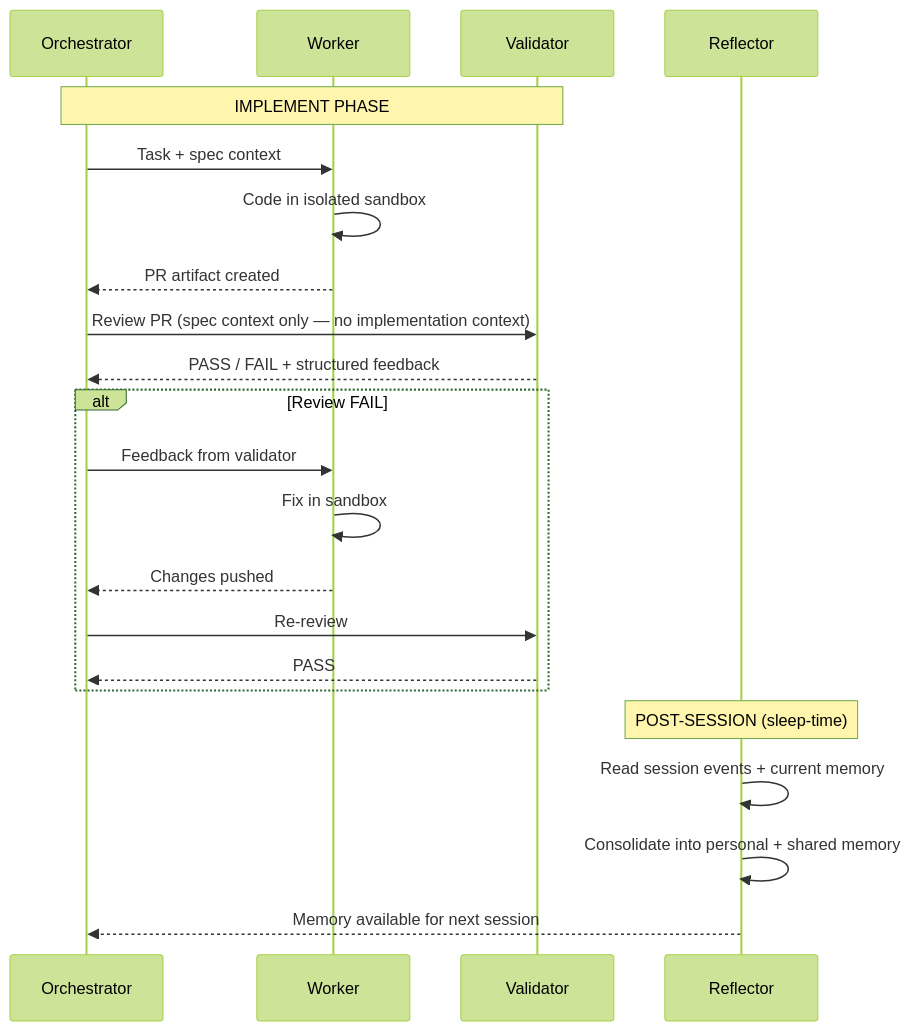
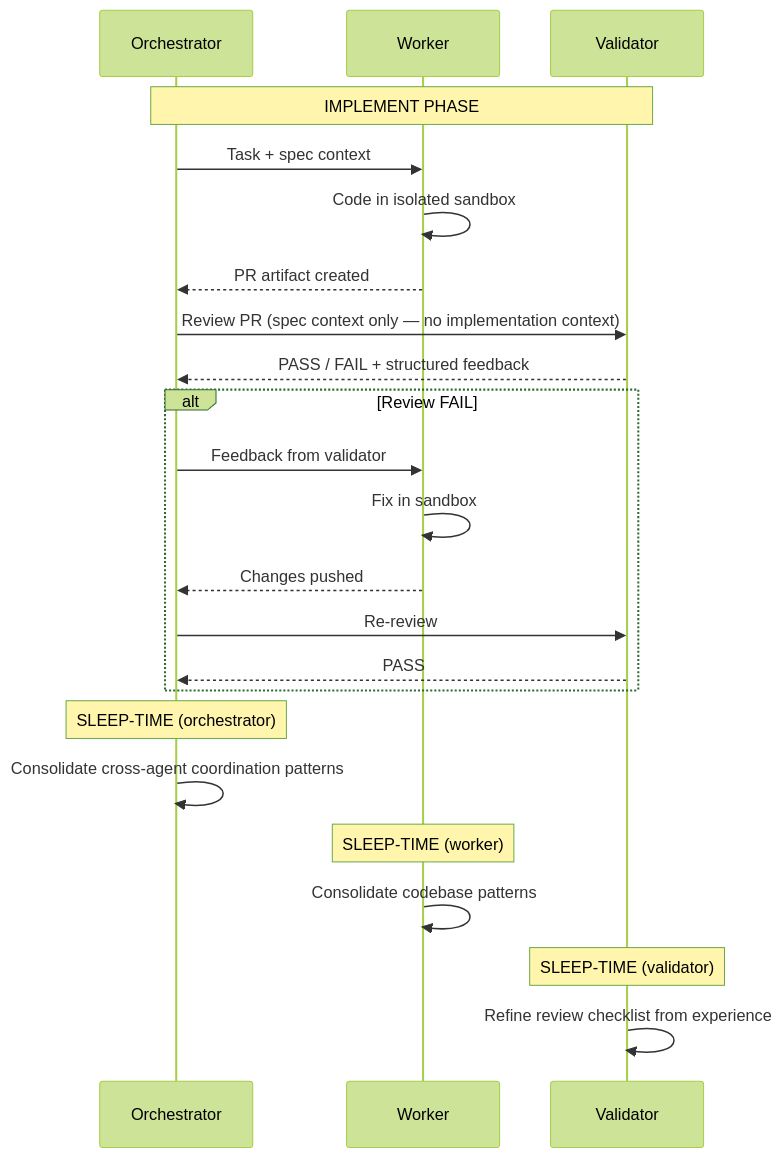
One commit to donovan-yohan/belayer changed the second of 3 diagrams in docs/PHILOSOPHY.md. Above: the diagram before and after it, drawn with Mermaid (forest theme). The commit also changed other lines of this file, not shown here.

First line of the commit message:
docs: adopt agent-managed memory model with sleep-time compute

````diff
--- a/docs/PHILOSOPHY.md
+++ b/docs/PHILOSOPHY.md
@@ -228,28 +269,31 @@
 ```mermaid
 sequenceDiagram
     participant O as Orchestrator
     participant W as Worker
     participant V as Validator
-    participant R as Reflector
 
     Note over O,V: IMPLEMENT PHASE
     O->>W: Task + spec context
     W->>W: Code in isolated sandbox
     W-->>O: PR artifact created
 
     O->>V: Review PR (spec context only — no implementation context)
     V-->>O: PASS / FAIL + structured feedback
 
     alt Review FAIL
         O->>W: Feedback from validator
         W->>W: Fix in sandbox
         W-->>O: Changes pushed
         O->>V: Re-review
         V-->>O: PASS
     end
 
-    Note over R: POST-SESSION (sleep-time)
-    R->>R: Read session events + current memory
-    R->>R: Consolidate into personal + shared memory
-    R-->>O: Memory available for next session
+    Note over O: SLEEP-TIME (orchestrator)
+    O->>O: Consolidate cross-agent coordination patterns
+
+    Note over W: SLEEP-TIME (worker)
+    W->>W: Consolidate codebase patterns
+
+    Note over V: SLEEP-TIME (validator)
+    V->>V: Refine review checklist from experience
 ```
````
